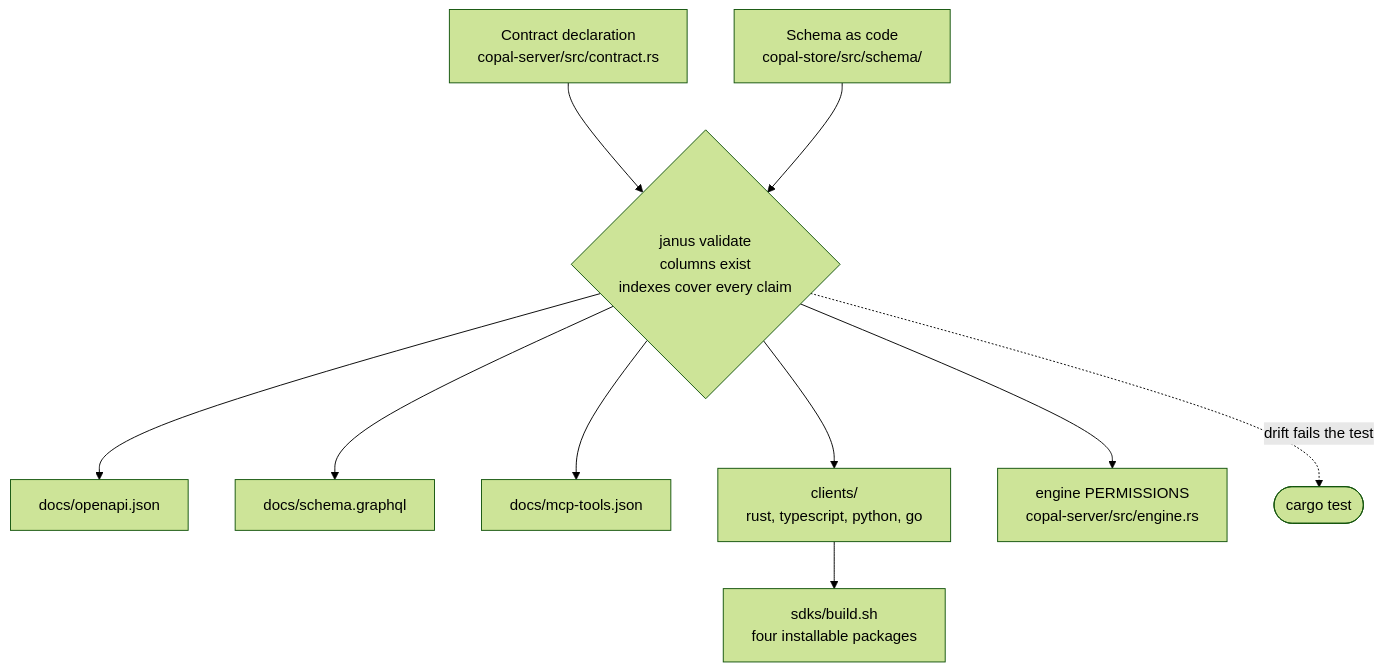
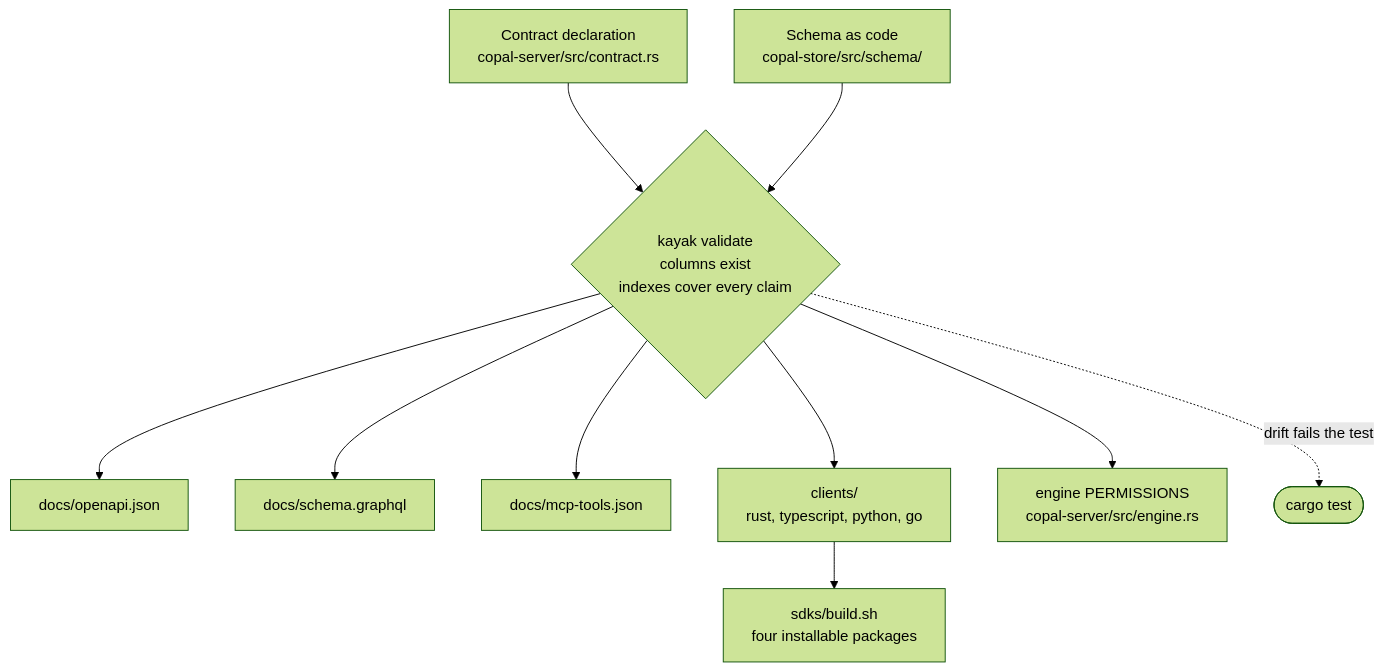
Before and after one commit to Oneiriq/copal: the first of 4 diagrams in docs/architecture.md, drawn with Mermaid (forest theme). The commit also changed other lines of this file and 37 other files, not shown here.

````diff
--- a/docs/architecture.md
+++ b/docs/architecture.md
@@ -28,18 +28,18 @@
 ```mermaid
 flowchart TB
     contract["Contract declaration<br/>copal-server/src/contract.rs"]
     schema["Schema as code<br/>copal-store/src/schema/"]
-    validate{"janus validate<br/>columns exist<br/>indexes cover every claim"}
+    validate{"kayak validate<br/>columns exist<br/>indexes cover every claim"}
 
     contract --> validate
     schema --> validate
 
     validate --> openapi["docs/openapi.json"]
     validate --> sdl["docs/schema.graphql"]
     validate --> manifest["docs/mcp-tools.json"]
     validate --> clients["clients/<br/>rust, typescript, python, go"]
     validate --> guards["engine PERMISSIONS<br/>copal-server/src/engine.rs"]
     clients --> sdks["sdks/build.sh<br/>four installable packages"]
 
     validate -.->|"drift fails the test"| gate(["cargo test"])
 ```
````
